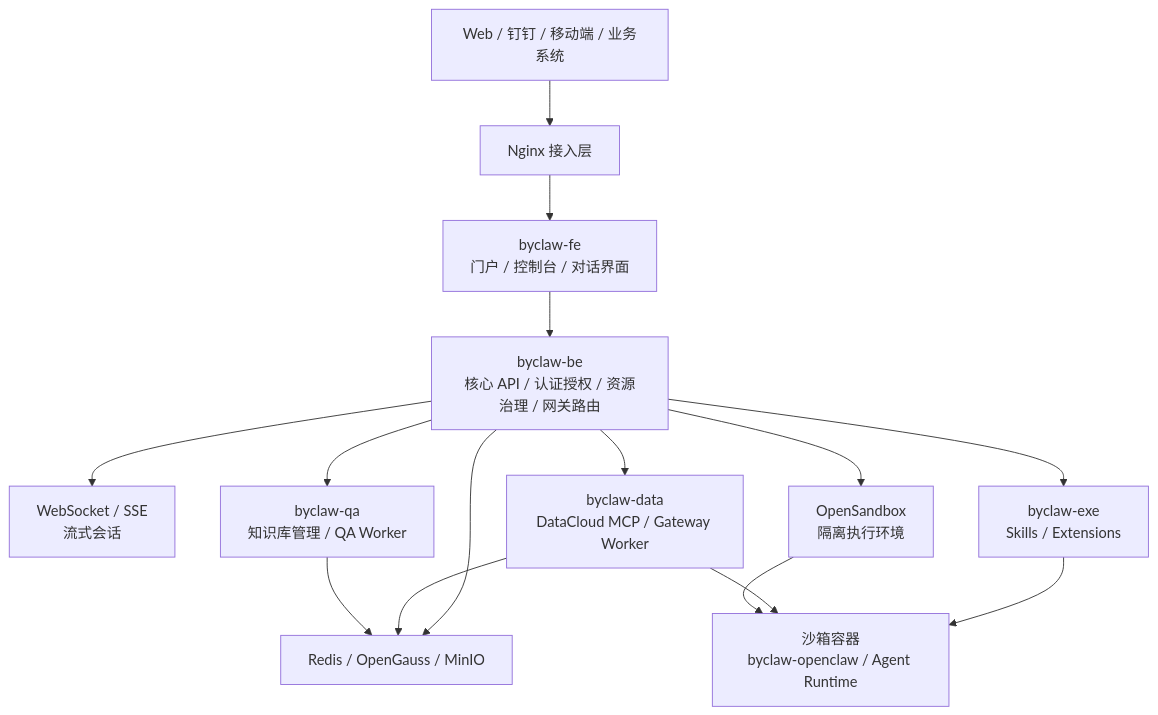
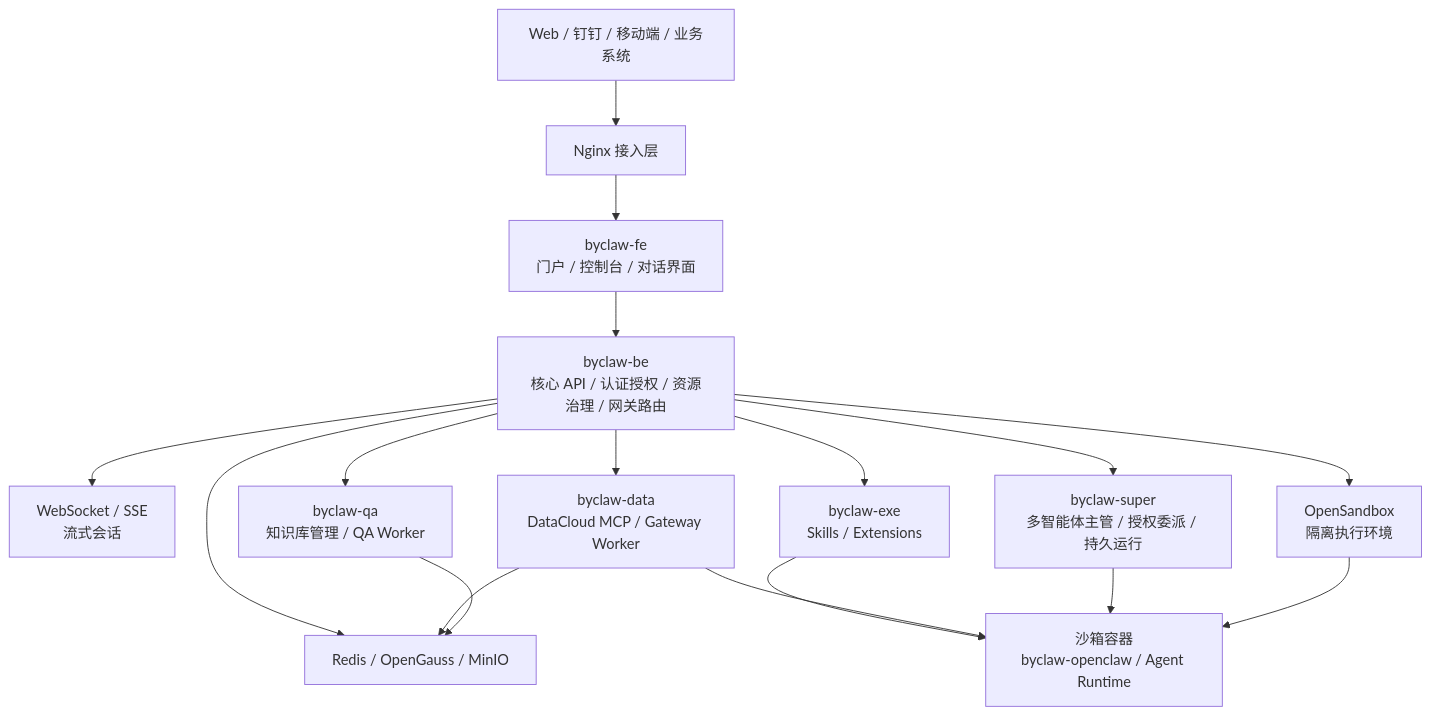
One commit to beyonai/ByClaw changed the second of 5 diagrams in README.md. Above: the diagram before and after it, drawn with Mermaid. The commit also changed other lines of this file and 2 other files, not shown here.

````diff
--- a/README.md
+++ b/README.md
@@ -101,17 +123,19 @@
 ```mermaid
 flowchart TB
     client["Web / 钉钉 / 移动端 / 业务系统"] --> nginx["Nginx 接入层"]
     nginx --> fe["byclaw-fe<br/>门户 / 控制台 / 对话界面"]
     fe --> be["byclaw-be<br/>核心 API / 认证授权 / 资源治理 / 网关路由"]
     be --> ws["WebSocket / SSE<br/>流式会话"]
     be --> qa["byclaw-qa<br/>知识库管理 / QA Worker"]
     be --> data["byclaw-data<br/>DataCloud MCP / Gateway Worker"]
+    be --> super["byclaw-super<br/>多智能体主管 / 授权委派 / 持久运行"]
     be --> exe["byclaw-exe<br/>Skills / Extensions"]
     be --> sandbox["OpenSandbox<br/>隔离执行环境"]
     sandbox --> sandboxRuntime["沙箱容器<br/>byclaw-openclaw / Agent Runtime"]
+    super --> sandboxRuntime
     data --> sandboxRuntime
     exe --> sandboxRuntime
     qa --> infra["Redis / OpenGauss / MinIO"]
     data --> infra
     be --> infra
 ```
````
